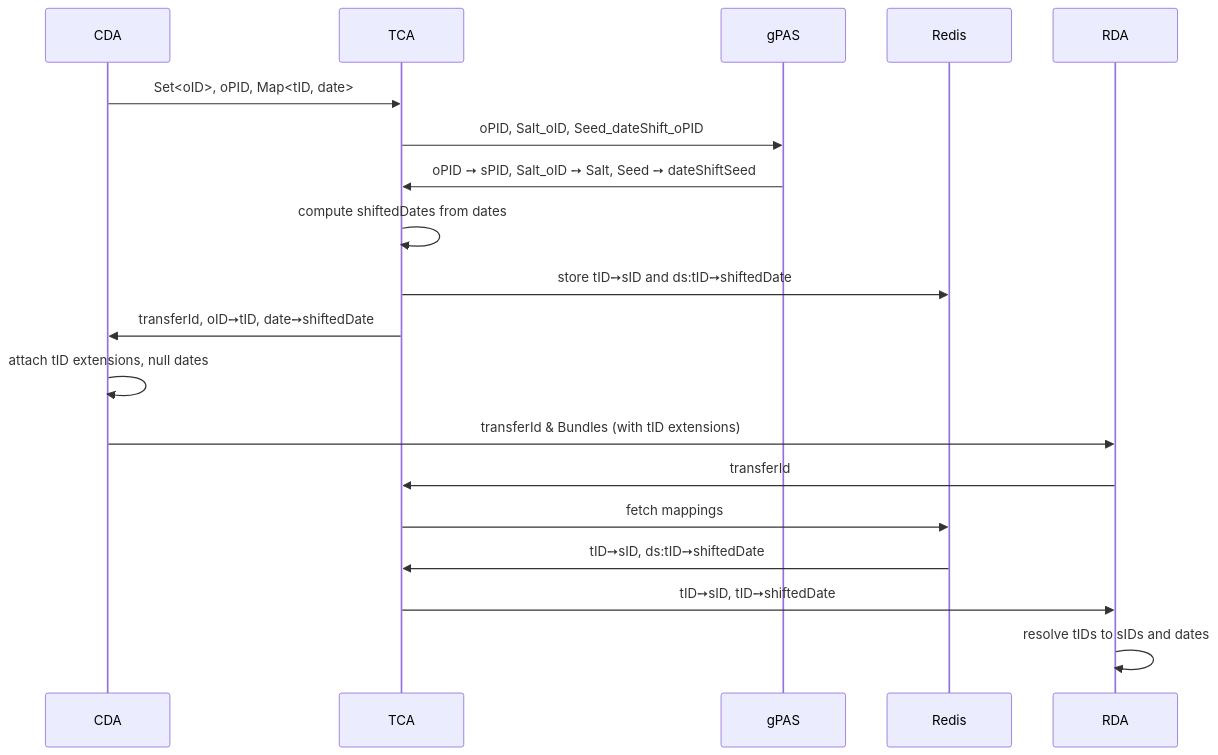
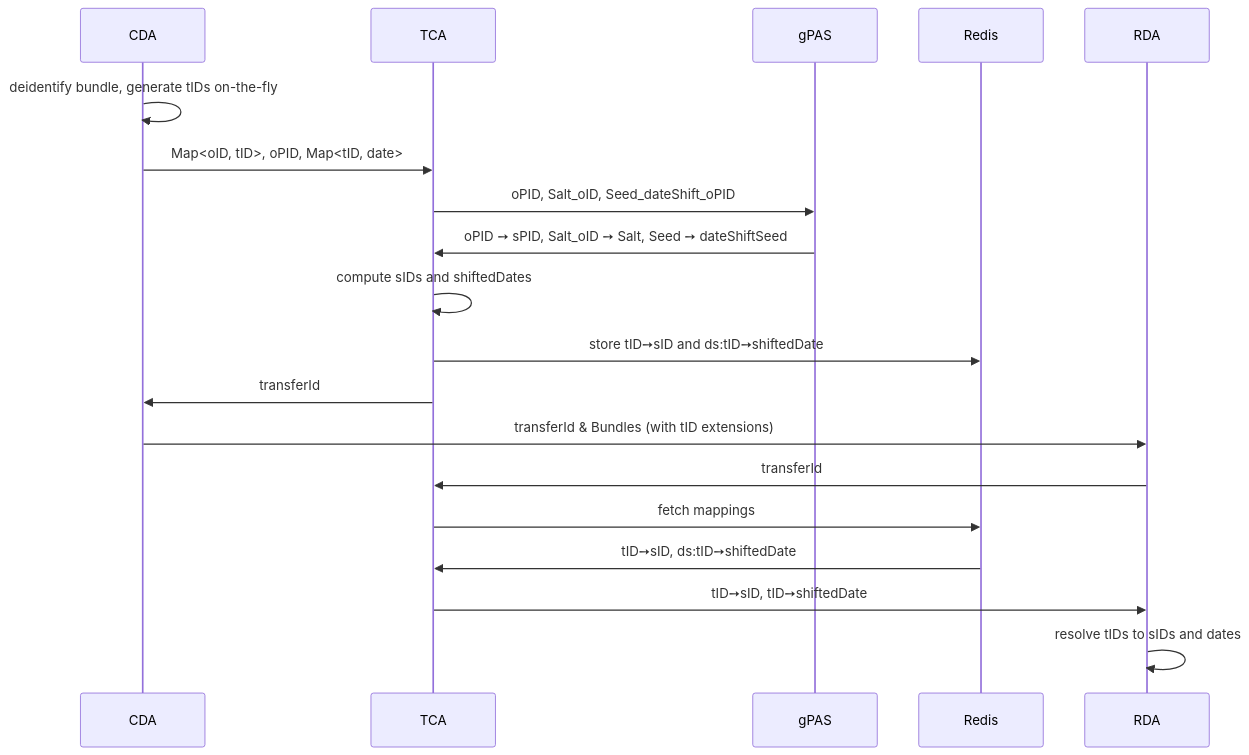
One commit to medizininformatik-initiative/fts-next changed the diagram in docs/contributing/trust-center-agent.md. Above: the diagram before and after it, drawn with Mermaid. The commit also changed other lines of this file and 28 other files, not shown here.

````diff
--- a/docs/contributing/trust-center-agent.md
+++ b/docs/contributing/trust-center-agent.md
@@ -75,16 +70,16 @@
 ```mermaid
 sequenceDiagram
-    CDA ->> TCA: Set<oID>, oPID, Map<tID, date>
+    CDA ->> CDA: deidentify bundle, generate tIDs on-the-fly
+    CDA ->> TCA: Map<oID, tID>, oPID, Map<tID, date>
     TCA ->> gPAS: oPID, Salt_oID, Seed_dateShift_oPID
     gPAS ->> TCA: oPID ➙ sPID, Salt_oID ➙ Salt, Seed ➙ dateShiftSeed
-    TCA ->> TCA: compute shiftedDates from dates
+    TCA ->> TCA: compute sIDs and shiftedDates
     TCA ->> Redis: store tID➙sID and ds:tID➙shiftedDate
-    TCA ->> CDA: transferId, oID➙tID, date➙shiftedDate
-    CDA ->> CDA: attach tID extensions, null dates
+    TCA ->> CDA: transferId
     CDA ->> RDA: transferId & Bundles (with tID extensions)
     RDA ->> TCA: transferId
     TCA ->> Redis: fetch mappings
     Redis ->> TCA: tID➙sID, ds:tID➙shiftedDate
     TCA ->> RDA: tID➙sID, tID➙shiftedDate
     RDA ->> RDA: resolve tIDs to sIDs and dates
 ```
````
